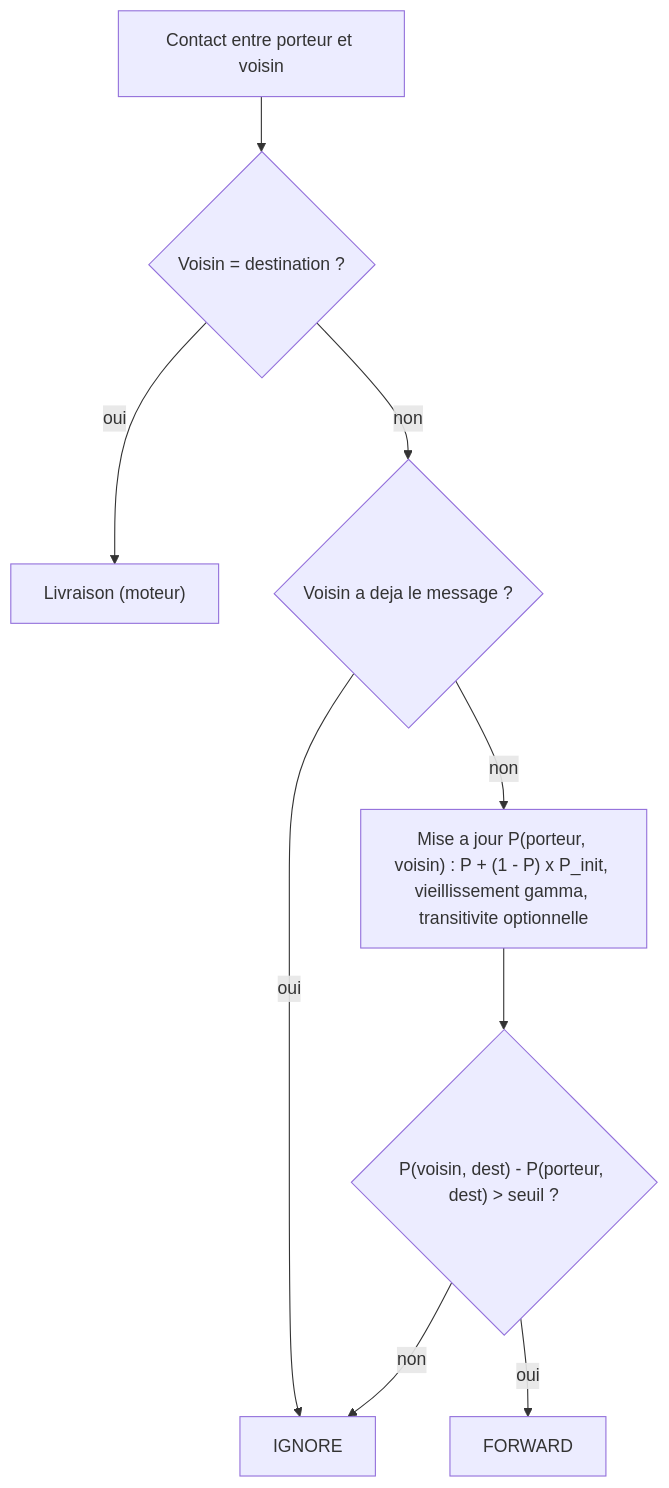
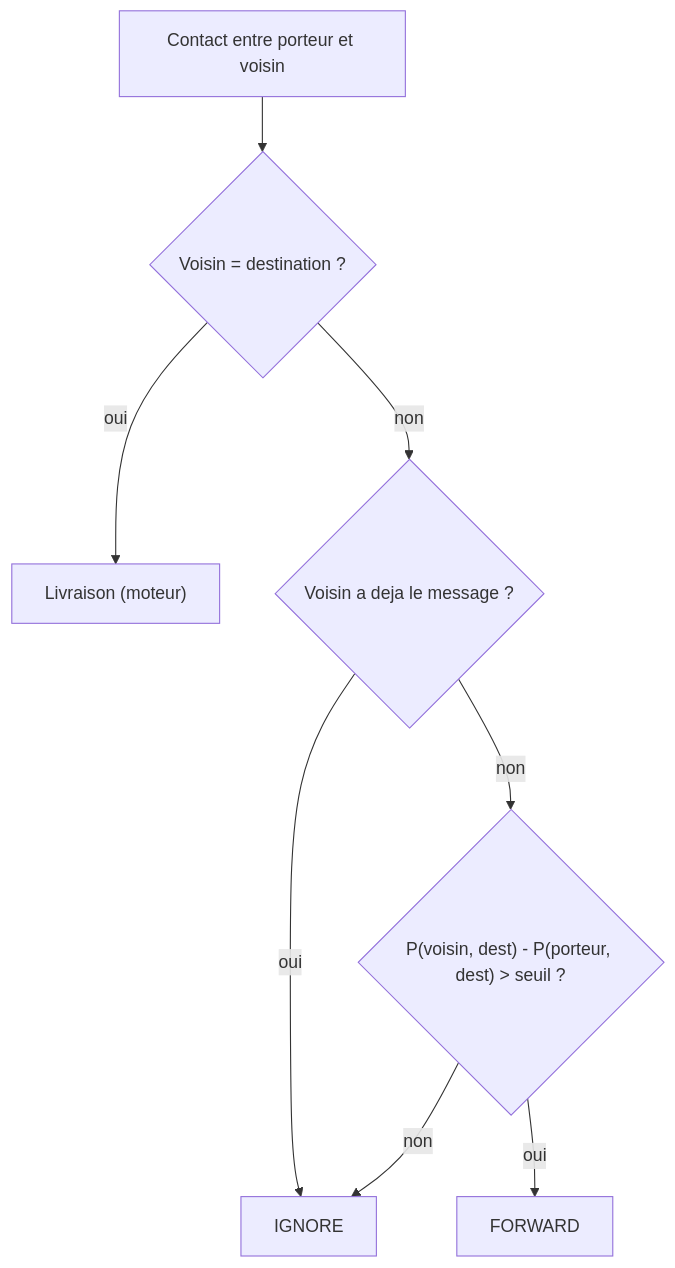
The diagram in docs/algorithmes/prophet.md (NICE-CINE/simuation-test), drawn with Mermaid before and after one commit. The commit also changed other lines of this file and 34 other files, not shown here.

````diff
--- a/docs/algorithmes/prophet.md
+++ b/docs/algorithmes/prophet.md
@@ -22,11 +25,10 @@
 ```mermaid
 flowchart TD
     A["Contact entre porteur et voisin"] --> B{"Voisin = destination ?"}
     B -- oui --> L["Livraison (moteur)"]
     B -- non --> C{"Voisin a deja le message ?"}
     C -- oui --> I["IGNORE"]
-    C -- non --> U["Mise a jour P(porteur, voisin) : P + (1 - P) x P_init, vieillissement gamma, transitivite optionnelle"]
-    U --> D{"P(voisin, dest) - P(porteur, dest) > seuil ?"}
+    C -- non --> D{"P(voisin, dest) - P(porteur, dest) > seuil ?"}
     D -- oui --> F["FORWARD"]
     D -- non --> I
 ```
````
